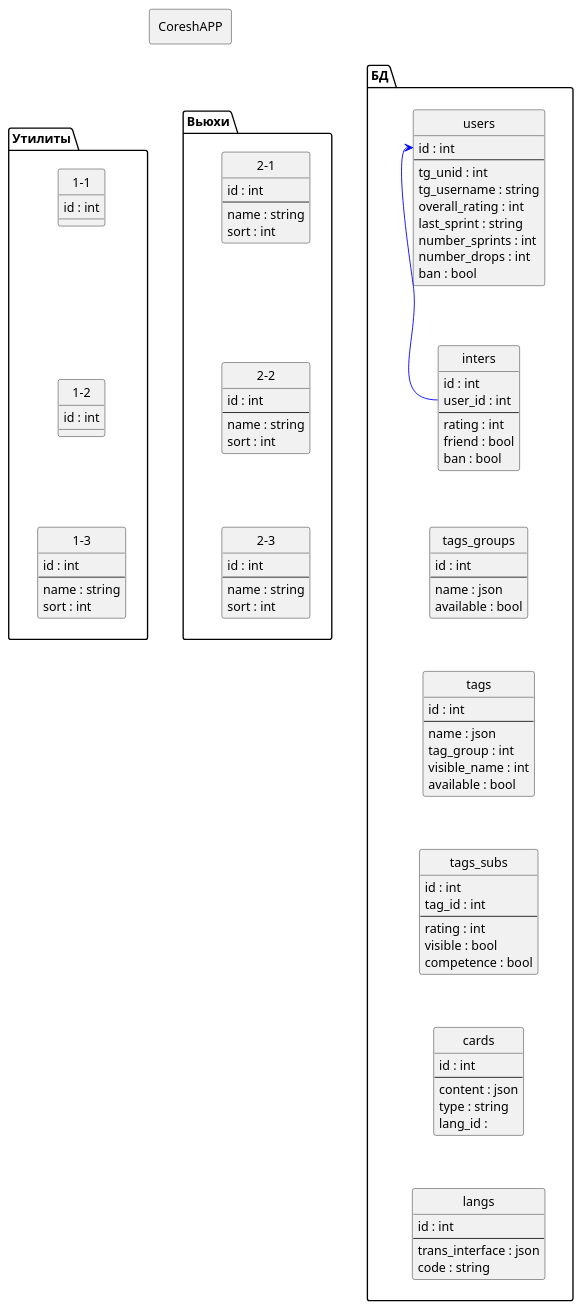
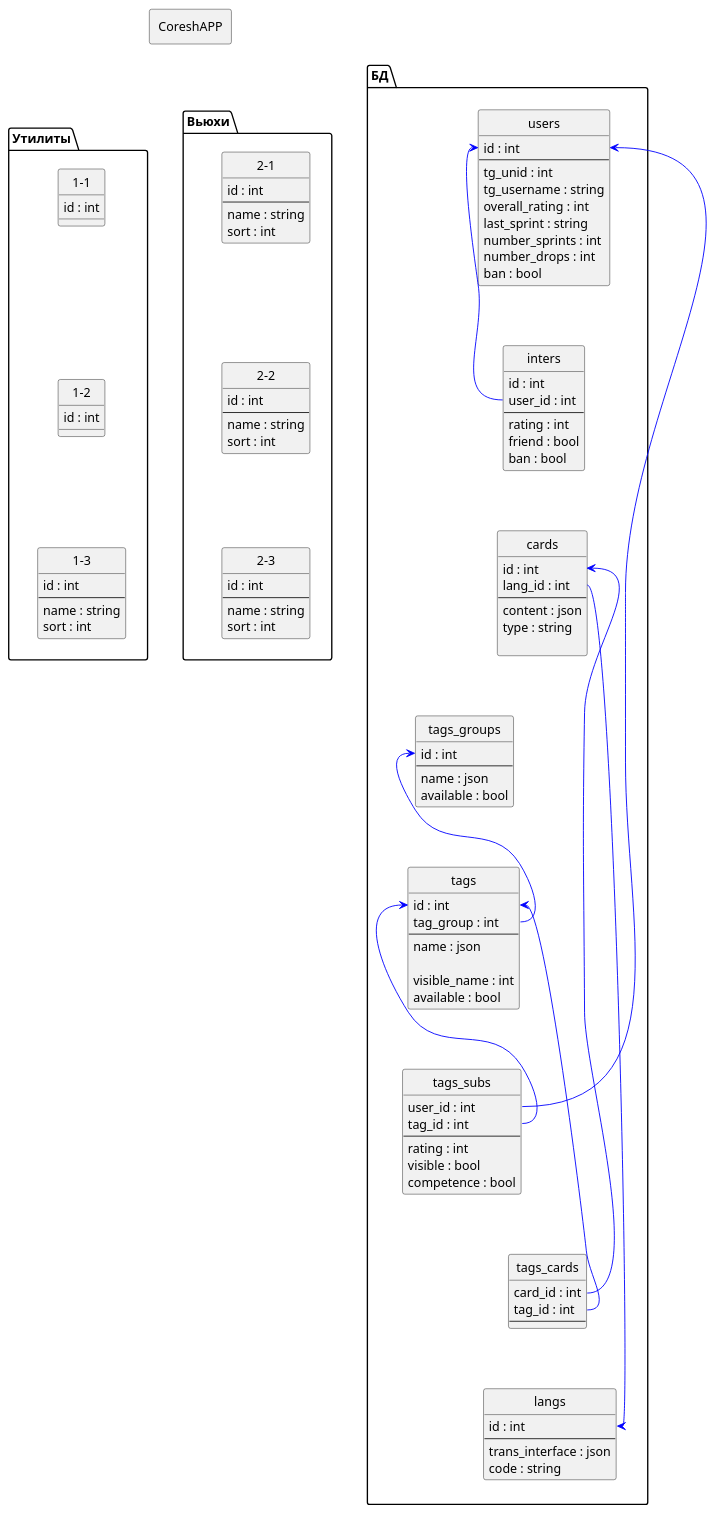
One commit to Ulver56/coresh changed the diagram in README-files/uml.md. Above: the diagram before and after it, drawn with PlantUML. The commit also changed other lines of this file and 1 other file, not shown here.

Commit message:
nextstep

```diff
--- a/README-files/uml.md
+++ b/README-files/uml.md
@@ -108,11 +108,12 @@
     entity "tags" {
   ' id тега
     id : int
+  ' группа тегов
+    tag_group : int
     --
   ' название тега         
     name : json
-  ' группа тегов
-    tag_group : int
+  
   ' например: слушаю, смотрю, поддерживаю (перевод)
     visible_name : int
   ' выкл/вкл 
@@ -122,7 +123,7 @@
 ' ## Подписки пользователей по тегам ##
     entity "tags_subs" {
   ' id пользователя
-    id : int
+    user_id : int
   ' id тега
     tag_id : int
     --
@@ -134,18 +135,27 @@
     competence : bool 
     }
 
+' ## Теги карточек ##
+    entity "tags_cards" {
+  ' id карточки
+    card_id : int
+  ' id тега
+    tag_id : int
+    --
+    }
 
 ' ## Карточки ##
     entity "cards" {
   ' id карточки
     id : int
+  ' id языка карточк
+    lang_id : int
     --
   ' контент в карточке
     content : json  
   ' тип карточки
     type : string
-  ' id языка карточк
-    lang_id : 
+  
     }
 
 ' ## Язык ##
@@ -172,12 +182,22 @@
 "2-2" -d[hidden]-> "2-3"
 
 users -d[hidden]-> inters
-inters -d[hidden]-> tags_groups
+inters -d[hidden]-> cards
+cards -d[hidden]-> tags_groups
 tags_groups -d[hidden]-> tags
 tags -d[hidden]-> tags_subs
-tags_subs -d[hidden]-> cards
-cards -d[hidden]-> langs
+tags_subs -d[hidden]-> tags_cards
+
+tags_cards -d[hidden]-> langs
+
 
 inters::user_id -[#blue]-> users::id
+tags::tag_group -[#blue]-> tags_groups::id
+tags_cards::card_id -[#blue]-> cards::id
+tags_cards::tag_id -[#blue]-> tags::id
+tags_subs::tag_id -[#blue]-> tags::id
+cards::lang_id -[#blue]-> langs::id
+tags_subs::user_id -[#blue]-> users::id
+
 
 @enduml
```
